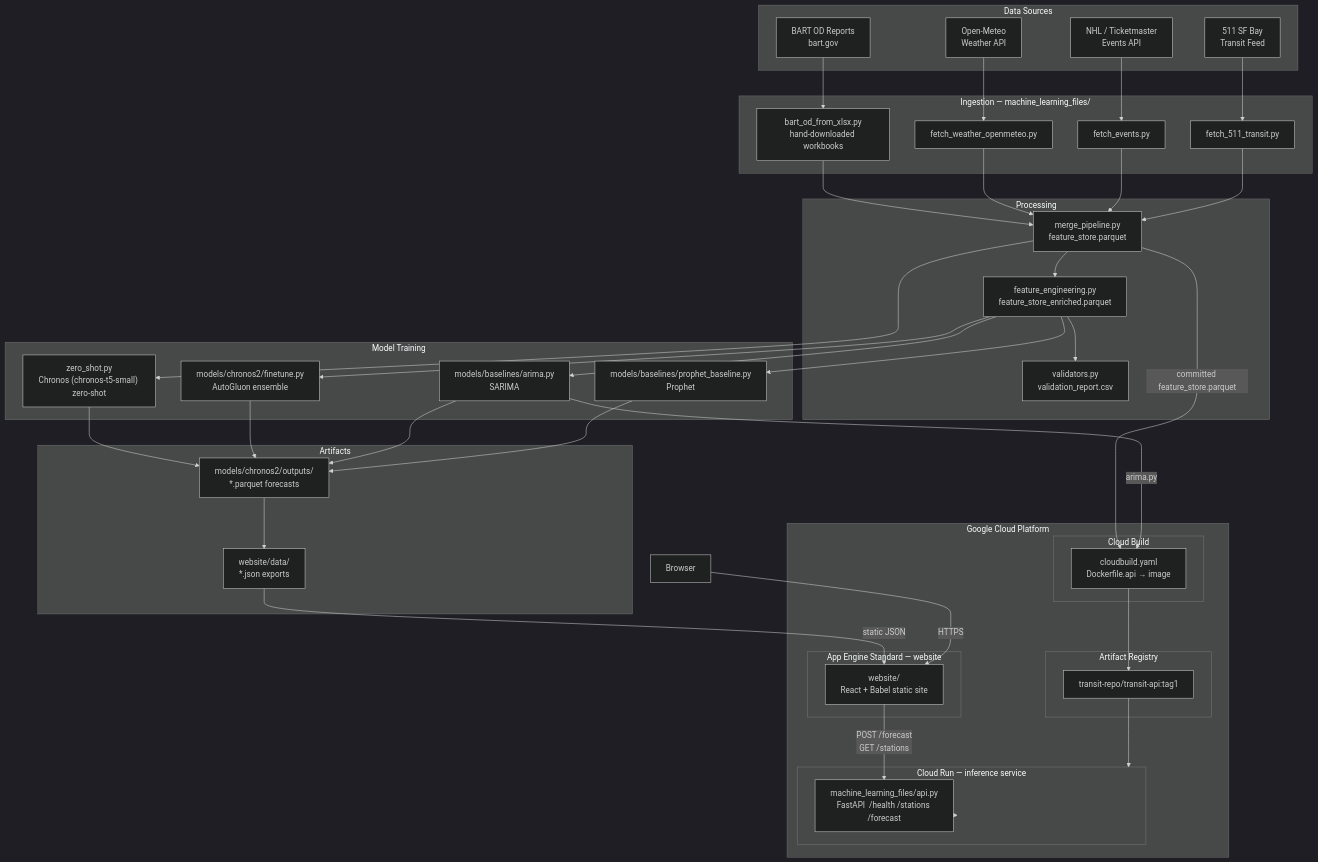
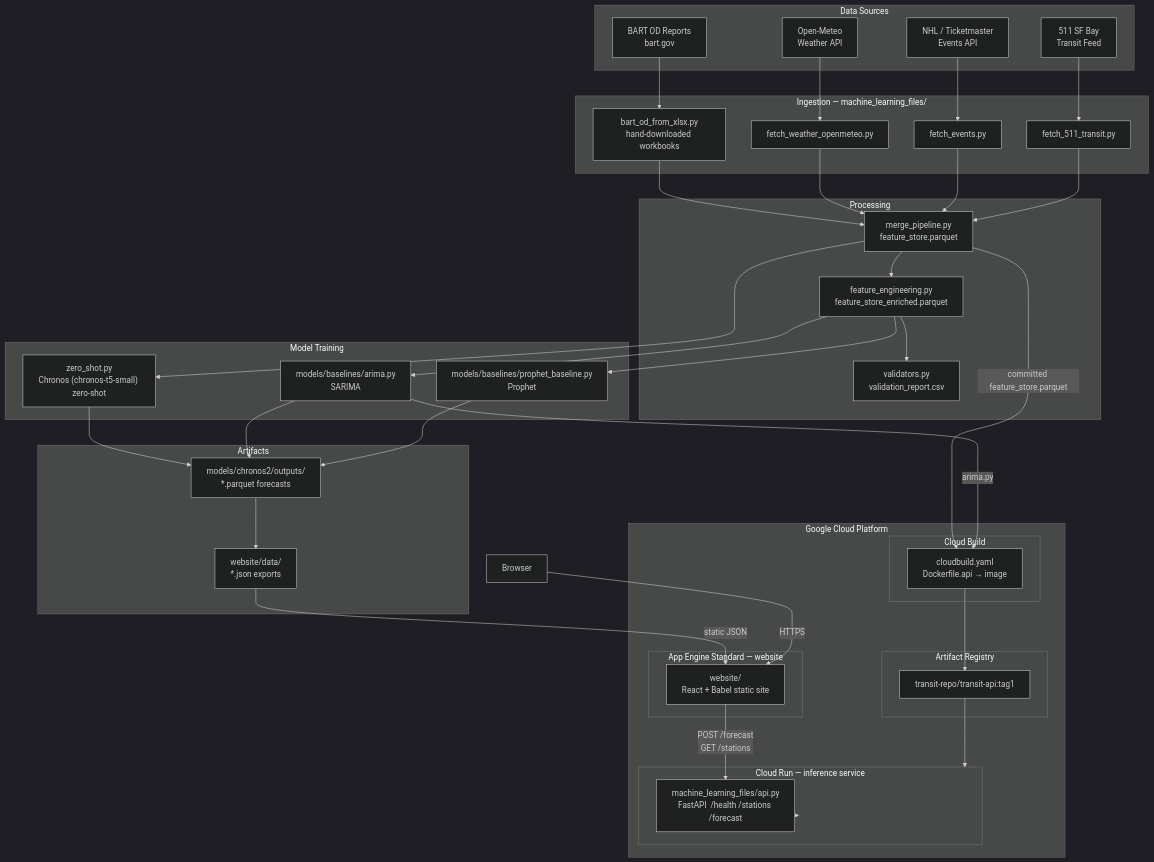
One commit to Dhruv-cs50/transit-demand-forecasting changed the diagram in docs/ARCHITECTURE.md. Above: the diagram before and after it, drawn with Mermaid (dark theme). The commit also changed other lines of this file and 12 other files, not shown here.

First line of the commit message:
Remove AutoGluon/AutoETS fine-tuning scaffolding (S8-07)

````diff
--- a/docs/ARCHITECTURE.md
+++ b/docs/ARCHITECTURE.md
@@ -5,74 +5,73 @@
 ```mermaid
 flowchart TD
     subgraph SRC["Data Sources"]
         S1[BART OD Reports\nbart.gov]
         S2[Open-Meteo\nWeather API]
         S3[NHL / Ticketmaster\nEvents API]
         S4[511 SF Bay\nTransit Feed]
     end
 
     subgraph ING["Ingestion — machine_learning_files/"]
         I1[bart_od_from_xlsx.py\nhand-downloaded workbooks]
         I2[fetch_weather_openmeteo.py]
         I3[fetch_events.py]
         I4[fetch_511_transit.py]
     end
 
     subgraph PROC["Processing"]
         P1[merge_pipeline.py\nfeature_store.parquet]
         P2[feature_engineering.py\nfeature_store_enriched.parquet]
         P3[validators.py\nvalidation_report.csv]
     end
 
     subgraph TRAIN["Model Training"]
         M1["zero_shot.py\nChronos (chronos-t5-small) zero-shot"]
-        M2[models/chronos2/finetune.py\nAutoGluon ensemble]
         M3[models/baselines/arima.py\nSARIMA]
         M4[models/baselines/prophet_baseline.py\nProphet]
     end
 
     subgraph OUT["Artifacts"]
         O1[models/chronos2/outputs/\n*.parquet forecasts]
         O2[website/data/\n*.json exports]
     end
 
     subgraph CLOUD["Google Cloud Platform"]
         subgraph BUILD["Cloud Build"]
             CB[cloudbuild.yaml\nDockerfile.api → image]
         end
         subgraph AR["Artifact Registry"]
             AR1[transit-repo/transit-api:tag1]
         end
         subgraph CR["Cloud Run — inference service"]
             API[machine_learning_files/api.py\nFastAPI  /health /stations /forecast]
         end
         subgraph GAE["App Engine Standard — website"]
             WEB[website/\nReact + Babel static site]
         end
     end
 
     USER[Browser]
 
     S1 --> I1
     S2 --> I2
     S3 --> I3
     S4 --> I4
 
     I1 & I2 & I3 & I4 --> P1
     P1 --> P2
     P2 --> P3
     P1 --> M1
-    P2 --> M2 & M3 & M4
-    M1 & M2 & M3 & M4 --> O1
+    P2 --> M3 & M4
+    M1 & M3 & M4 --> O1
     O1 --> O2
 
     O2 -->|static JSON| WEB
     P1 -->|committed feature_store.parquet| CB
     M3 -->|arima.py| CB
     CB --> AR1
     AR1 --> CR
     CR --> API
 
     USER -->|HTTPS| WEB
     WEB -->|POST /forecast\nGET /stations| API
 ```
````
